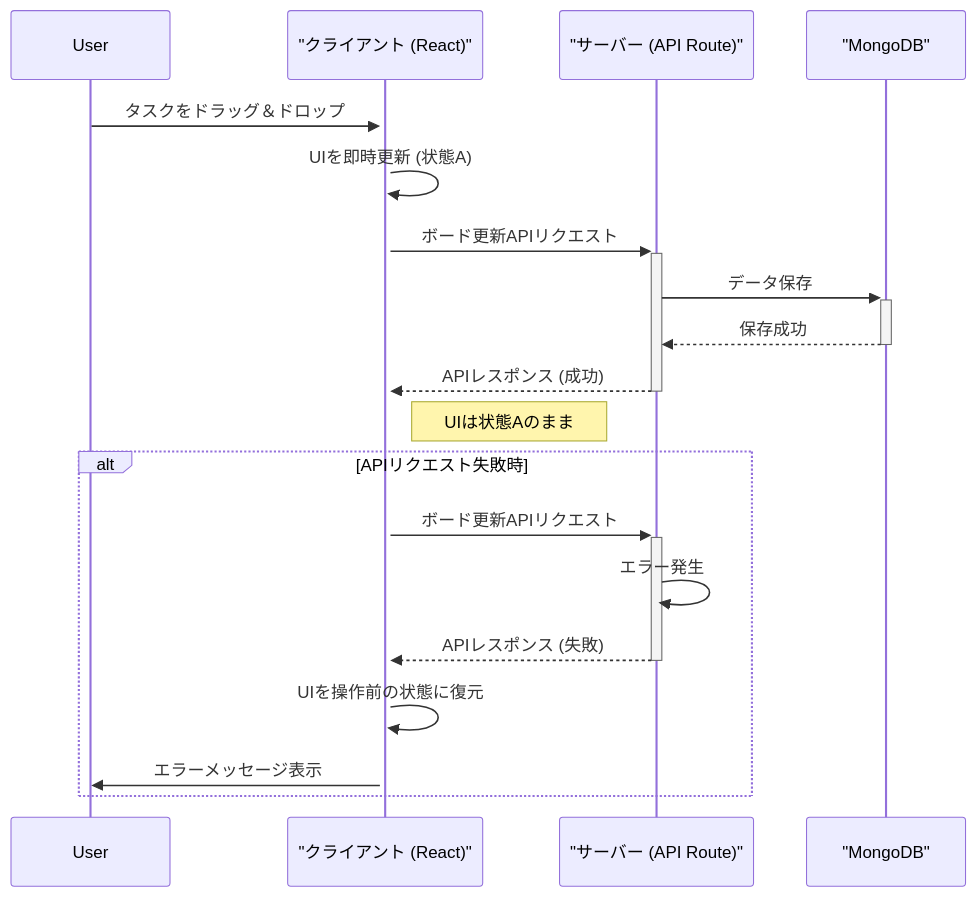
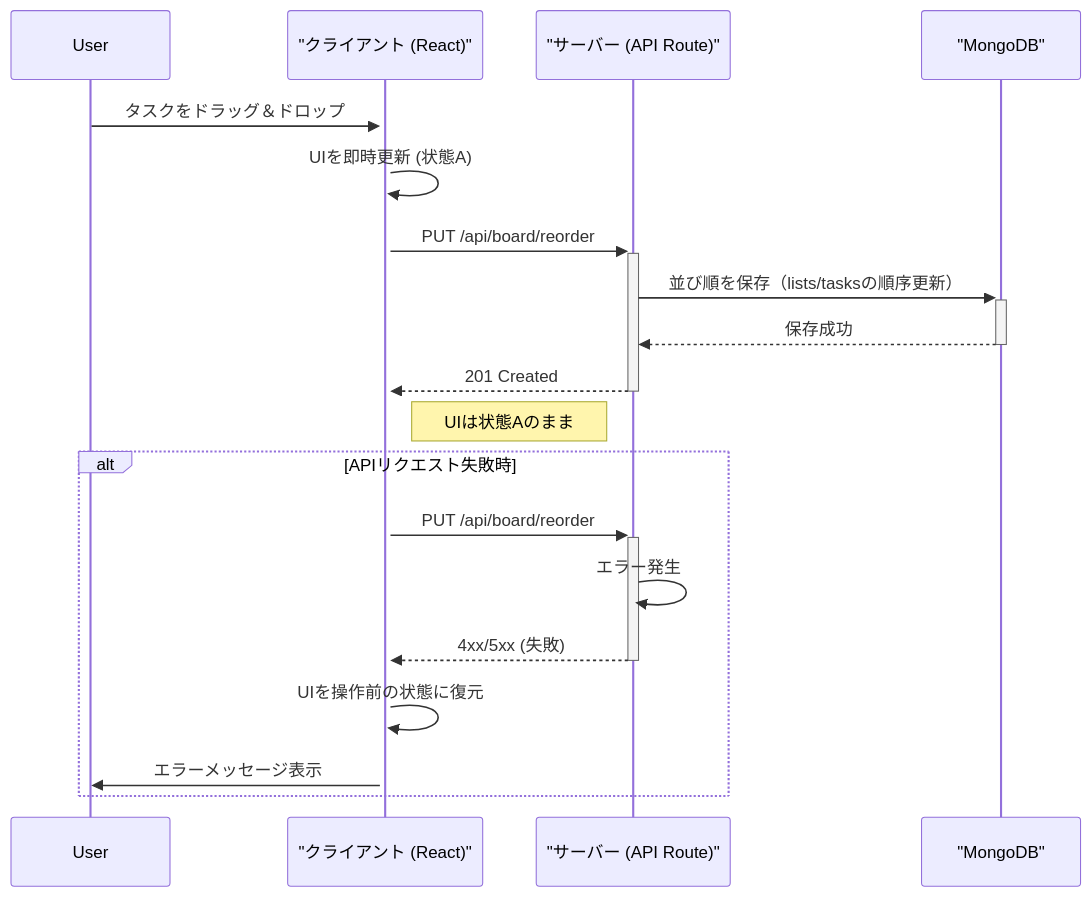
Before and after one commit to hideaki1979/geminicli_todo: the second of 3 diagrams in README.md, drawn with Mermaid. The commit also changed other lines of this file and 6 other files, not shown here.

````diff
--- a/README.md
+++ b/README.md
@@ -139,23 +146,23 @@
 ```mermaid
 sequenceDiagram
     participant User
     participant Client as "クライアント (React)"
     participant Server as "サーバー (API Route)"
     participant DB as "MongoDB"
 
     User->>+Client: タスクをドラッグ＆ドロップ
     Client->>Client: UIを即時更新 (状態A)
-    Client->>+Server: ボード更新APIリクエスト
-    Server->>+DB: データ保存
+    Client->>+Server: PUT /api/board/reorder
+    Server->>+DB: 並び順を保存（lists/tasksの順序更新）
     DB-->>-Server: 保存成功
-    Server-->>-Client: APIレスポンス (成功)
+    Server-->>-Client: 201 Created
     Note right of Client: UIは状態Aのまま
 
     alt APIリクエスト失敗時
-        Client->>+Server: ボード更新APIリクエスト
+        Client->>+Server: PUT /api/board/reorder
         Server->>Server: エラー発生
-        Server-->>-Client: APIレスポンス (失敗)
+        Server-->>-Client: 4xx/5xx (失敗)
         Client->>Client: UIを操作前の状態に復元
         Client->>User: エラーメッセージ表示
     end
 ```
````
